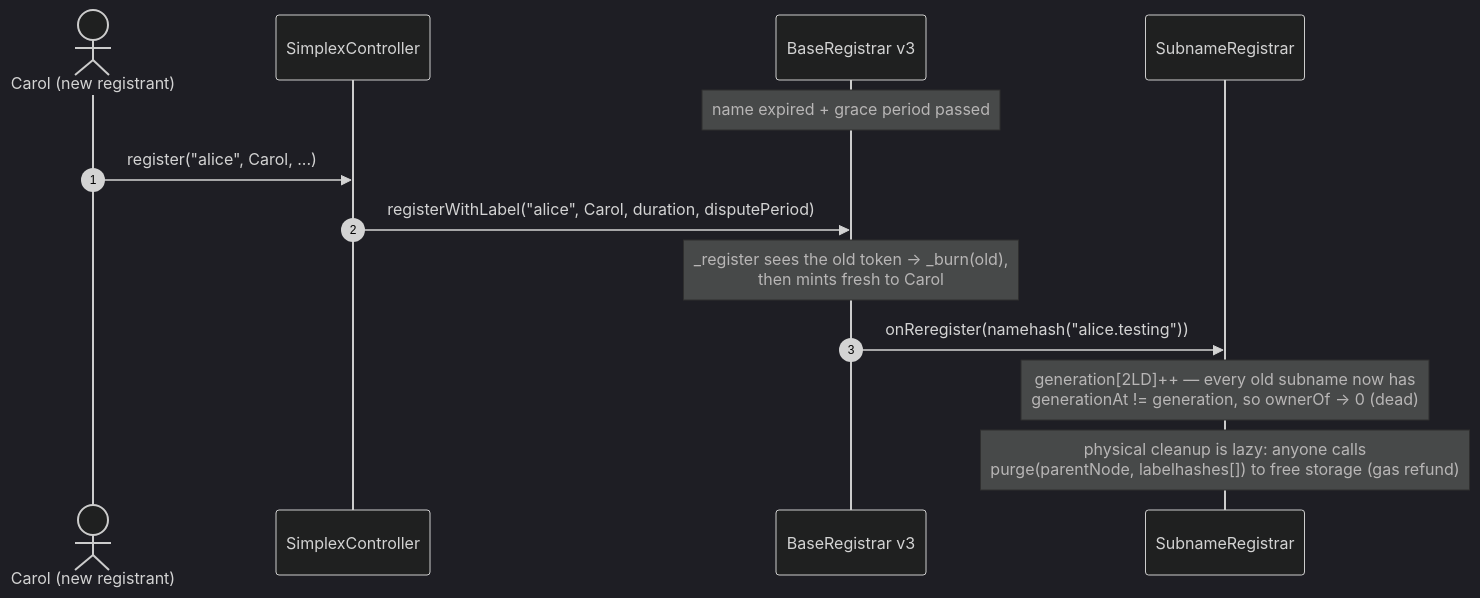
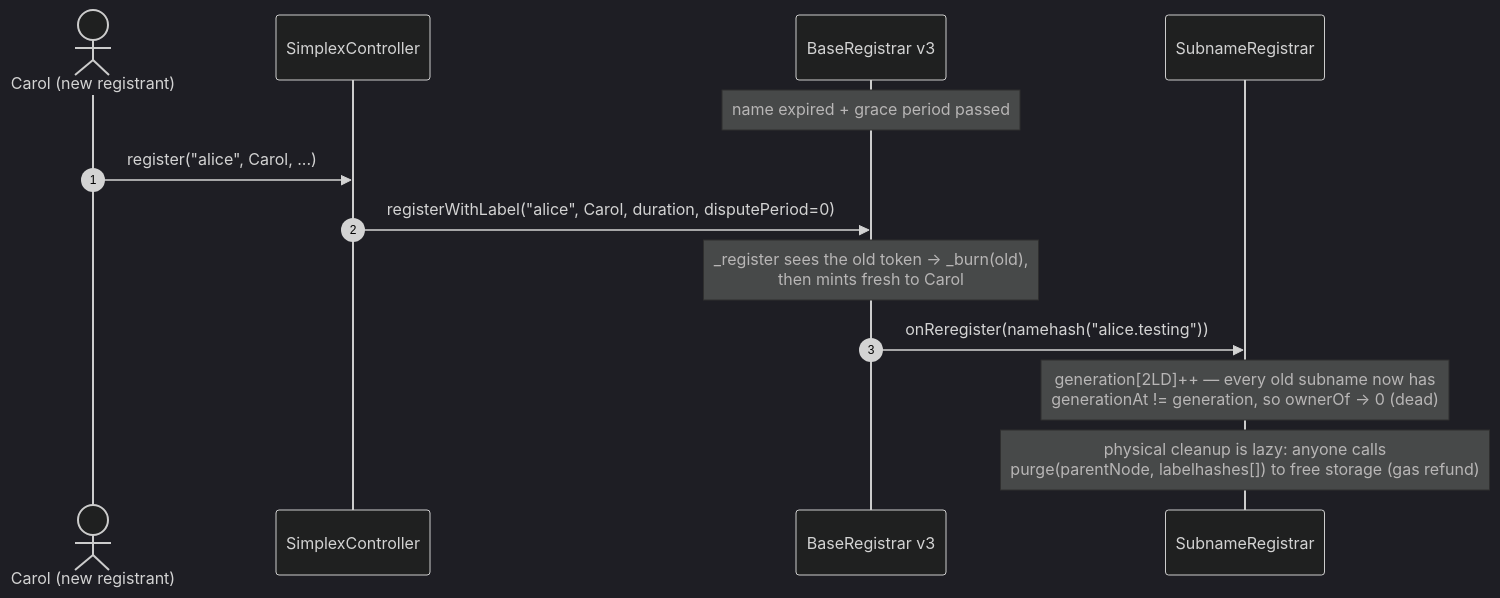
Before and after one commit to brenzi/simplex-namespace-contract: the ninth of 10 diagrams in docs/sequence-happy-flow.md, drawn with Mermaid (dark theme). The commit also changed 6 other files, not shown here.

Commit message:
docs: dispute period after review round 4: invariant, until collision, grounds, indexers

````diff
--- a/docs/sequence-happy-flow.md
+++ b/docs/sequence-happy-flow.md
@@ -300,16 +300,16 @@
 ```mermaid
 sequenceDiagram
     autonumber
     actor C as Carol (new registrant)
     participant CT as SimplexController
     participant B as BaseRegistrar v3
     participant SR as SubnameRegistrar
 
     note over B: name expired + grace period passed
     C->>CT: register("alice", Carol, ...)
-    CT->>B: registerWithLabel("alice", Carol, duration, disputePeriod)
+    CT->>B: registerWithLabel("alice", Carol, duration, disputePeriod=0)
     note over B: _register sees the old token -> _burn(old),<br/>then mints fresh to Carol
     B->>SR: onReregister(namehash("alice.testing"))
     note over SR: generation[2LD]++ — every old subname now has<br/>generationAt != generation, so ownerOf -> 0 (dead)
     note over SR: physical cleanup is lazy: anyone calls<br/>purge(parentNode, labelhashes[]) to free storage (gas refund)
 ```
````
